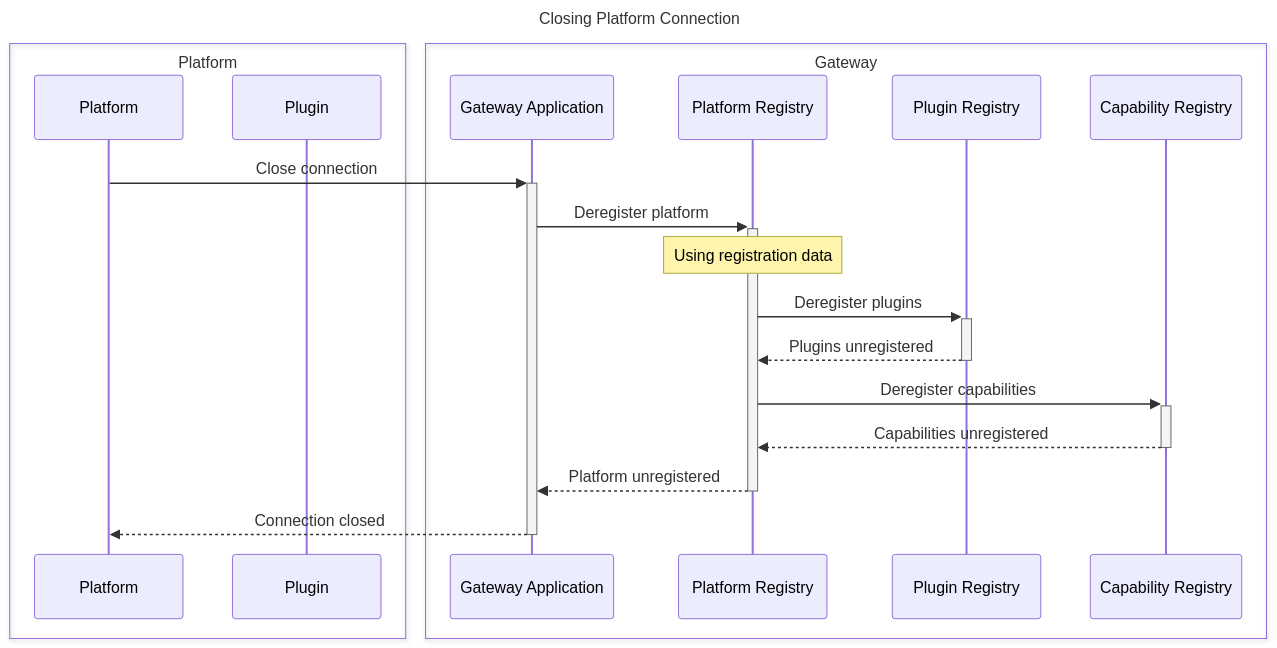
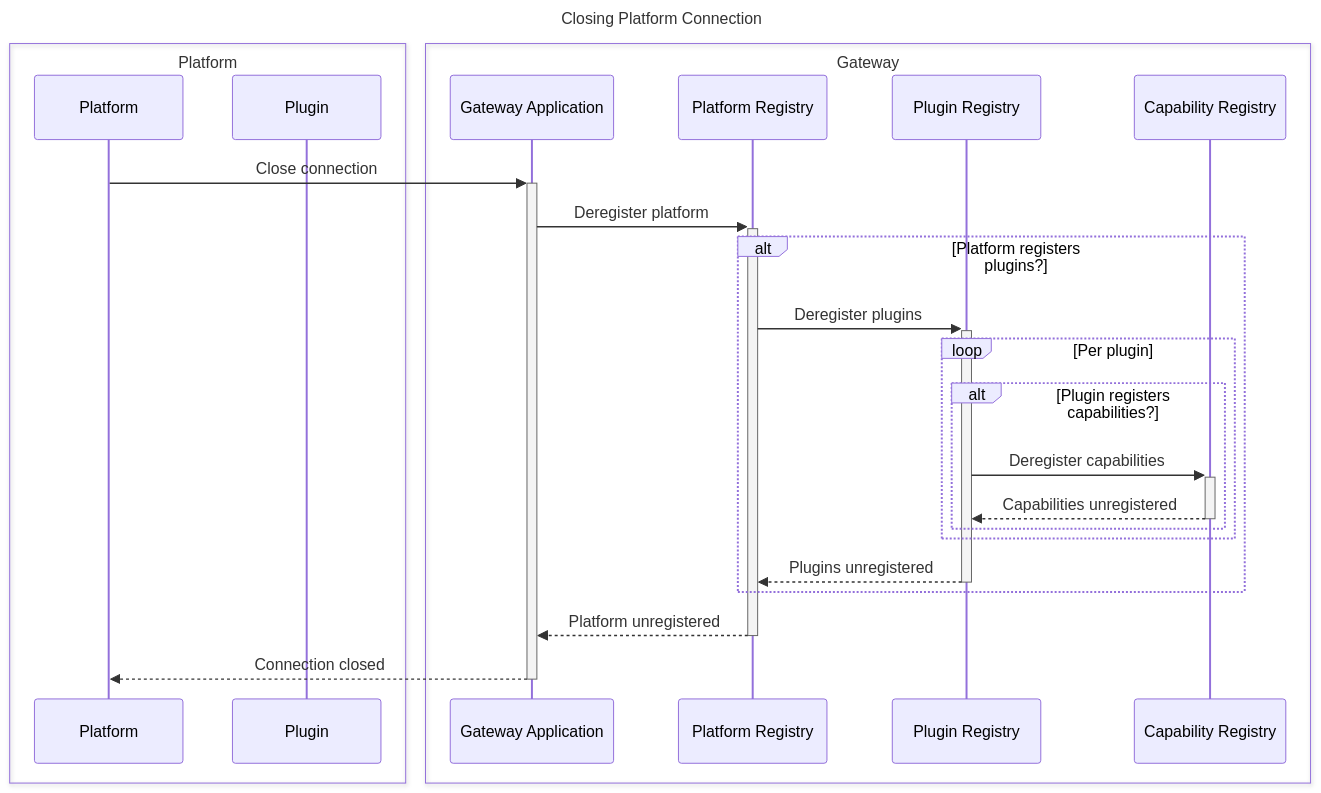
One commit to nicholasgrose/Gateway changed the second of 10 diagrams in Writerside/topics/Overview.md. Above: the diagram before and after it, drawn with Mermaid. The commit also changed other lines of this file and 17 other files, not shown here.

Commit message:
Drafting design for new architecture v2

````diff
--- a/Writerside/topics/Overview.md
+++ b/Writerside/topics/Overview.md
@@ -56,28 +59,31 @@
 ```mermaid
 ---
 title: Closing Platform Connection
 ---
 sequenceDiagram
     box Platform
         participant Pla as Platform
         participant Plu as Plugin
     end
     box Gateway
         participant G as Gateway Application
         participant P as Platform Registry
         participant R as Plugin Registry
         participant C as Capability Registry
     end
 
     Pla ->>+ G: Close connection
     G ->>+ P: Deregister platform
-
-    Note over P: Using registration data
-    P ->>+ R: Deregister plugins
-    R -->>- P: Plugins unregistered
-    P ->>+ C: Deregister capabilities
-    C -->>- P: Capabilities unregistered
-
+    alt Platform registers plugins?
+        P ->>+ R: Deregister plugins
+        loop Per plugin
+            alt Plugin registers capabilities?
+                R ->>+ C: Deregister capabilities
+                C -->>- R: Capabilities unregistered
+            end
+        end
+        R -->>- P: Plugins unregistered
+    end
     P -->>- G: Platform unregistered
     G -->>- Pla: Connection closed
 ```
````
